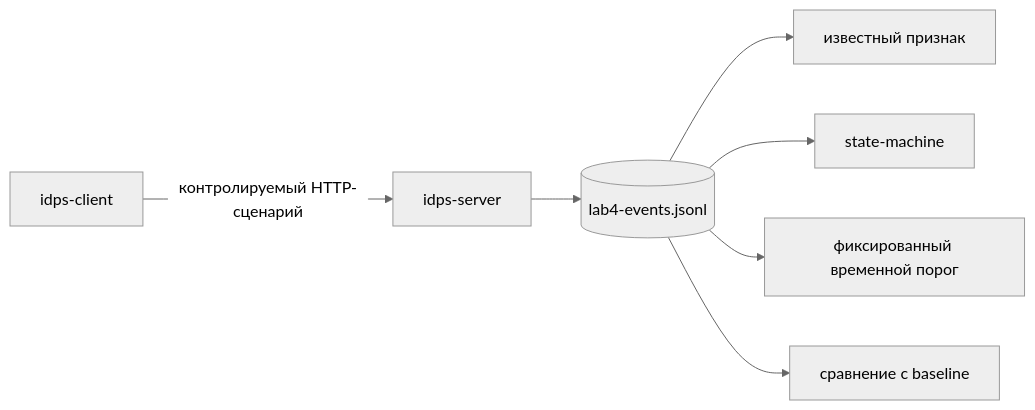
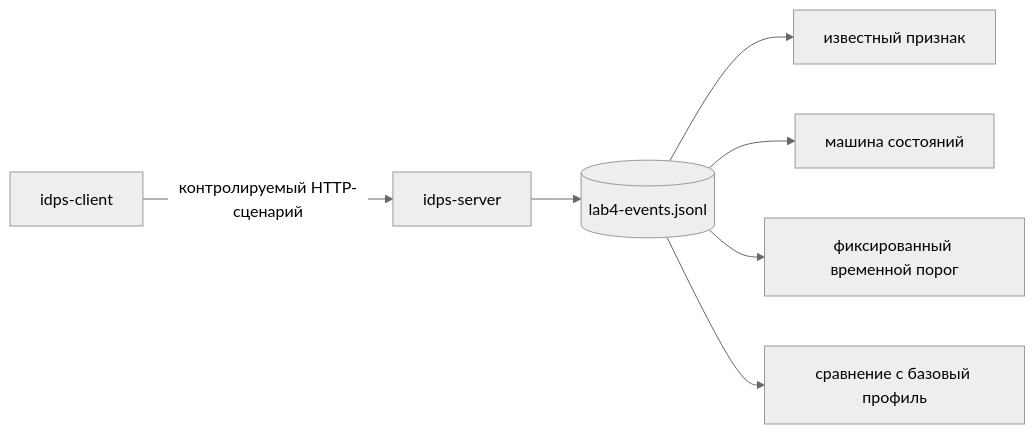
Before and after one commit to 11ndra/spvo: the diagram in docs/labs/lab04/index.md, drawn with Mermaid (neutral theme). The commit also changed other lines of this file and 49 other files, not shown here.

````diff
--- a/docs/labs/lab04/index.md
+++ b/docs/labs/lab04/index.md
@@ -58,9 +53,9 @@
 ```mermaid
 flowchart LR
     C[idps-client] -->|контролируемый HTTP-сценарий| S[idps-server]
     S --> J[(lab4-events.jsonl)]
     J --> SG[известный признак]
-    J --> ST[state-machine]
+    J --> ST[машина состояний]
     J --> BH[фиксированный временной порог]
-    J --> AN[сравнение с baseline]
+    J --> AN[сравнение с базовый профиль]
 ```
````
